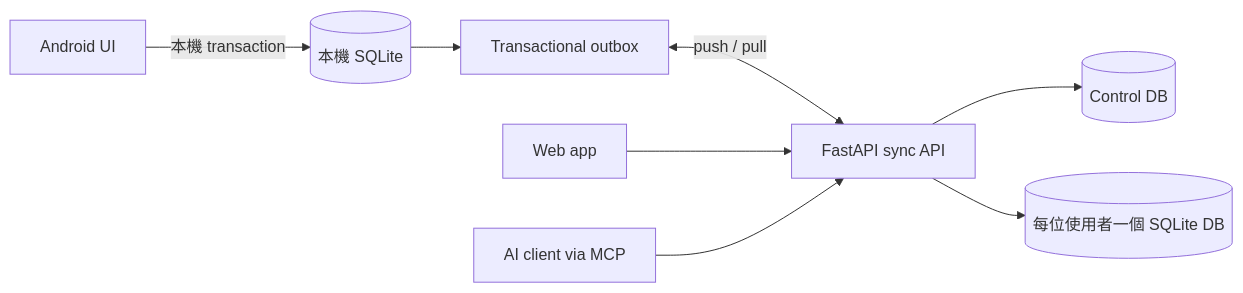
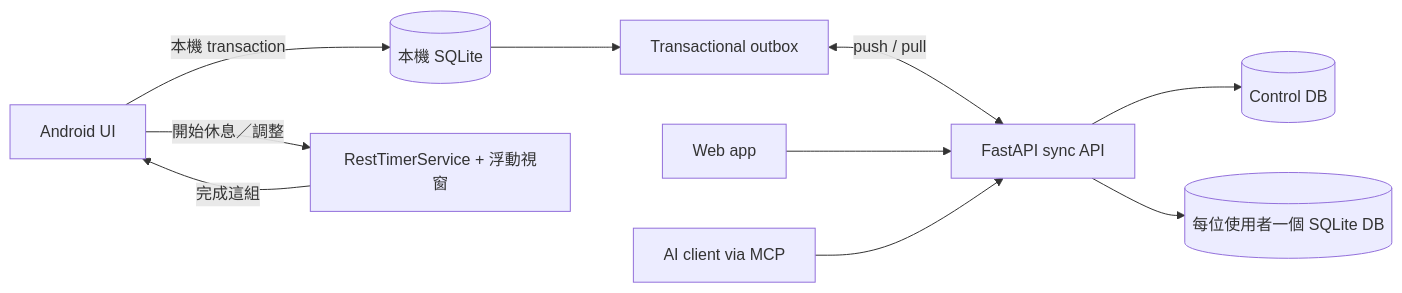
One commit to RyanLeeYi/lift-log changed the diagram in README.zh-TW.md. Above: the diagram before and after it, drawn with Mermaid. The commit also changed other lines of this file and 1 other file, not shown here.

First line of the commit message:
docs: lead README with the floating rest timer origin story

````diff
--- a/README.zh-TW.md
+++ b/README.zh-TW.md
@@ -28,10 +43,12 @@
 ```mermaid
 flowchart LR
     A[Android UI] -->|本機 transaction| L[(本機 SQLite)]
+    A -->|開始休息／調整| R[RestTimerService + 浮動視窗]
+    R -->|完成這組| A
     L --> O[Transactional outbox]
     O <-->|push / pull| S[FastAPI sync API]
     W[Web app] --> S
     M[AI client via MCP] --> S
     S --> C[(Control DB)]
     S --> U[(每位使用者一個 SQLite DB)]
 ```
````
